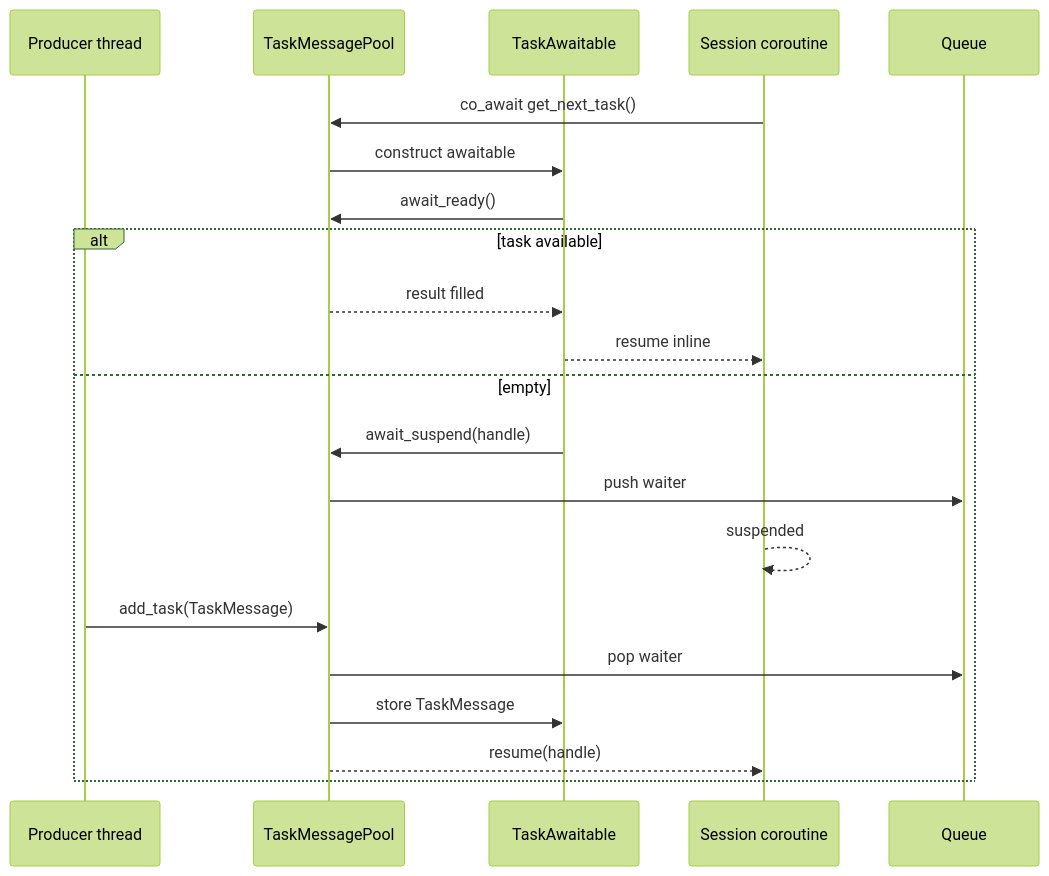
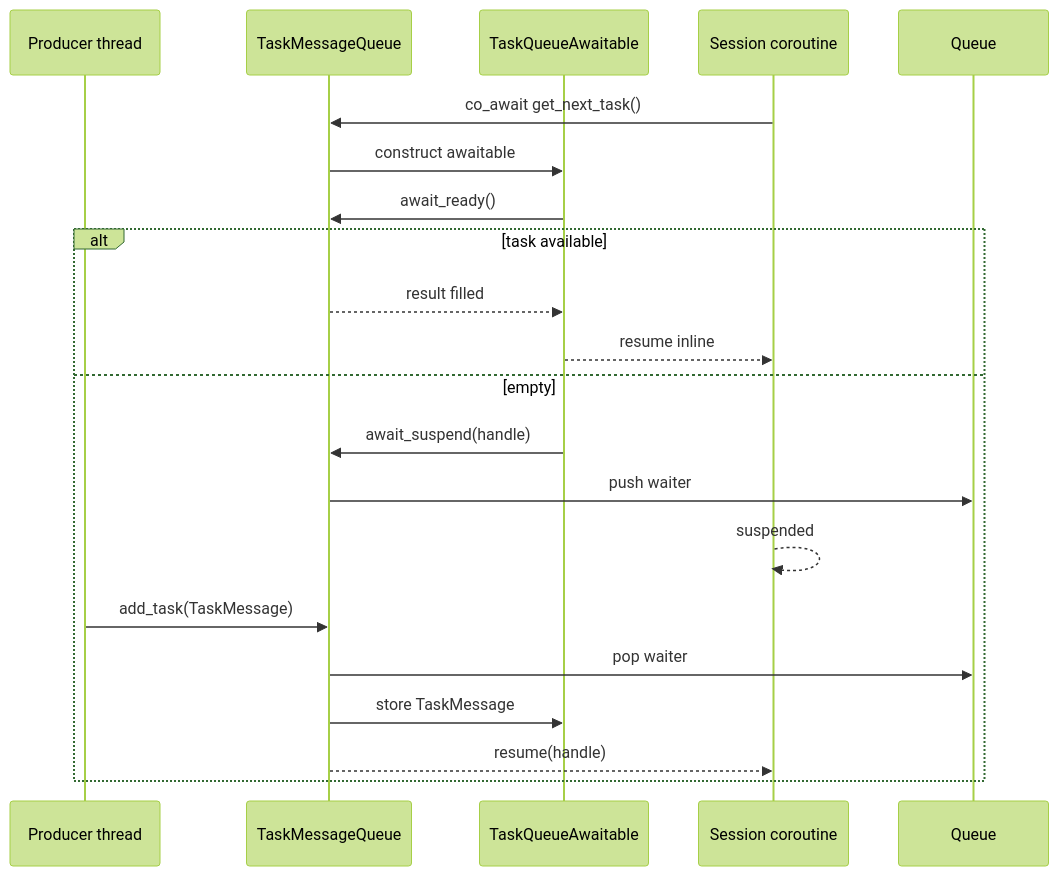
Before and after one commit to ilya-yusim/task-messenger: the second of 2 diagrams in message/README.md, drawn with Mermaid (forest theme). The commit also changed other lines of this file and 24 other files, not shown here.

First line of the commit message:
Refactor TaskMessagePool to TaskMessageQueue across the dispatcher and messaging modules

````diff
--- a/message/README.md
+++ b/message/README.md
@@ -28,23 +28,23 @@
 ```mermaid
 sequenceDiagram
     participant Prod as Producer thread
-    participant Pool as TaskMessagePool
-    participant Await as TaskAwaitable
+    participant Pool as TaskMessageQueue
+    participant Await as TaskQueueAwaitable
     participant Sess as Session coroutine
 
     Sess->>Pool: co_await get_next_task()
     Pool->>Await: construct awaitable
     Await->>Pool: await_ready()
     alt task available
         Pool-->>Await: result filled
         Await-->>Sess: resume inline
     else empty
         Await->>Pool: await_suspend(handle)
         Pool->>Queue: push waiter
         Sess-->>Sess: suspended
         Prod->>Pool: add_task(TaskMessage)
         Pool->>Queue: pop waiter
         Pool->>Await: store TaskMessage
         Pool-->>Sess: resume(handle)
     end
 ```
````
